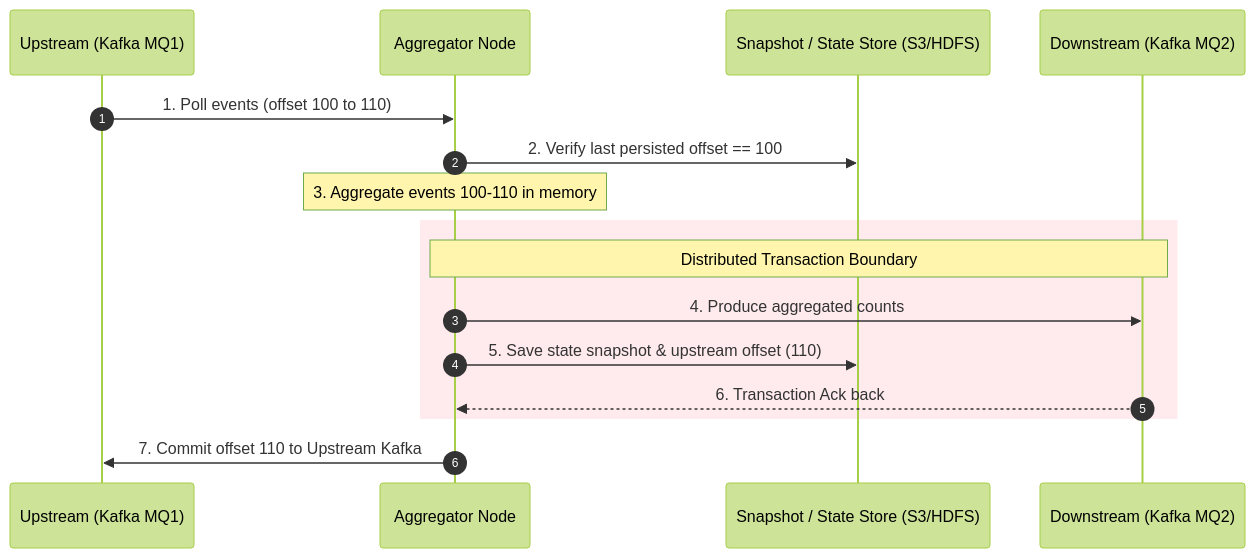
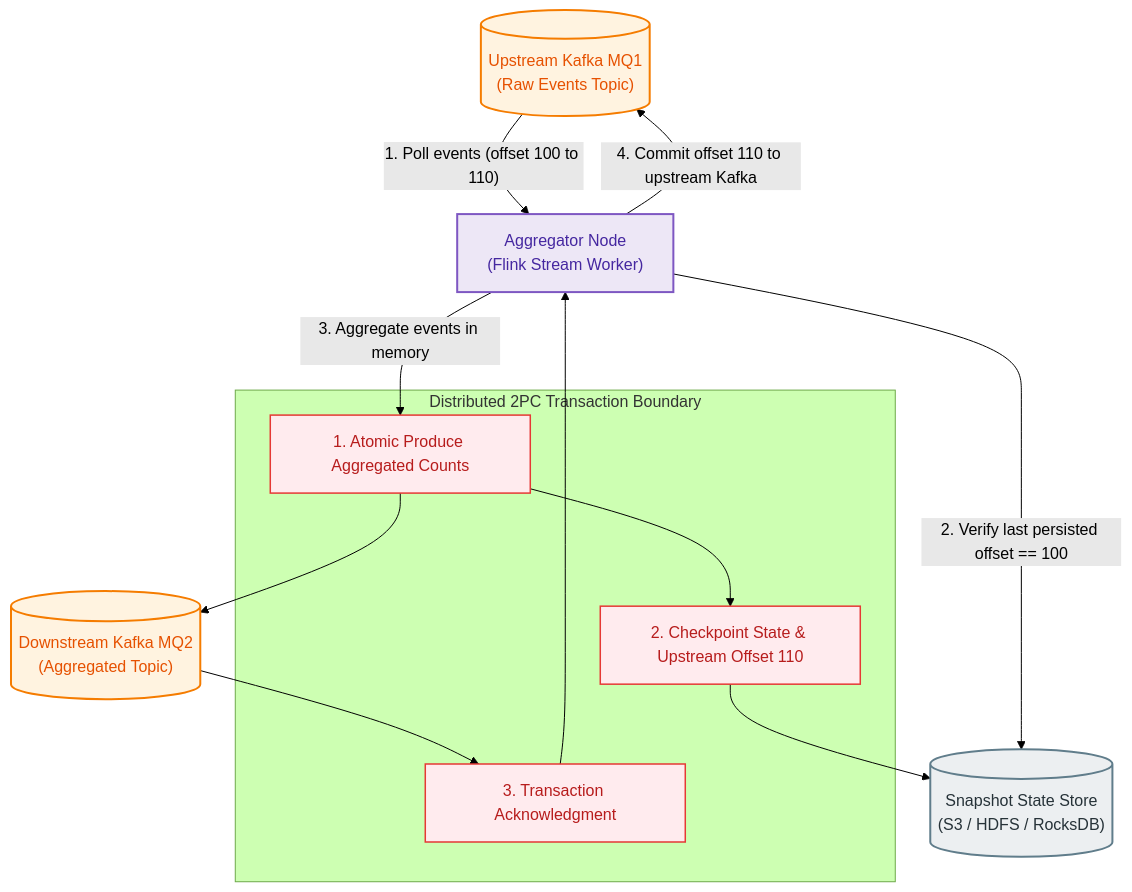
The sixth of 6 diagrams in Stream/Figure-28-Final-Design-Architecture.md (xinachilles/System-Design), drawn with Mermaid (forest theme) before and after one commit. The commit also changed other lines of this file and 4 other files, not shown here.

````diff
--- a/Stream/Figure-28-Final-Design-Architecture.md
+++ b/Stream/Figure-28-Final-Design-Architecture.md
@@ -389,19 +475,30 @@
 ```mermaid
-sequenceDiagram
-    autonumber
-    participant K1 as Upstream (Kafka MQ1)
-    participant AG as Aggregator Node
-    participant FS as Snapshot / State Store (S3/HDFS)
-    participant K2 as Downstream (Kafka MQ2)
+flowchart TB
+    classDef mqStyle fill:#fff3e0,stroke:#f57c00,stroke-width:2px,color:#e65100
+    classDef nodeStyle fill:#ede7f6,stroke:#7e57c2,stroke-width:2px,color:#4527a0
+    classDef fsStyle fill:#eceff1,stroke:#607d8b,stroke-width:2px,color:#263238
+    classDef txStyle fill:#ffebee,stroke:#e53935,stroke-width:1.5px,color:#b71c1c
 
-    K1->>AG: 1. Poll events (offset 100 to 110)
-    AG->>FS: 2. Verify last persisted offset == 100
-    Note over AG: 3. Aggregate events 100-110 in memory
-    rect rgb(255, 235, 238)
-        Note over AG,K2: Distributed Transaction Boundary
-        AG->>K2: 4. Produce aggregated counts
-        AG->>FS: 5. Save state snapshot & upstream offset (110)
-        K2-->>AG: 6. Transaction Ack back
+    %% Node Declarations
+    K1[("Upstream Kafka MQ1<br>(Raw Events Topic)")]:::mqStyle
+    AG["Aggregator Node<br>(Flink Stream Worker)"]:::nodeStyle
+    FS[("Snapshot State Store<br>(S3 / HDFS / RocksDB)")]:::fsStyle
+    K2[("Downstream Kafka MQ2<br>(Aggregated Topic)")]:::mqStyle
+
+    subgraph TX_BOUNDARY ["Distributed 2PC Transaction Boundary"]
+        TX1["1. Atomic Produce Aggregated Counts"]:::txStyle
+        TX2["2. Checkpoint State & Upstream Offset 110"]:::txStyle
+        TX3["3. Transaction Acknowledgment"]:::txStyle
     end
-    AG->>K1: 7. Commit offset 110 to Upstream Kafka
+
+    %% Pipeline Execution Steps
+    K1 -->|"1. Poll events (offset 100 to 110)"| AG
+    AG -->|"2. Verify last persisted offset == 100"| FS
+    AG -->|"3. Aggregate events in memory"| TX1
+    TX1 --> K2
+    TX1 --> TX2
+    TX2 --> FS
+    K2 --> TX3
+    TX3 --> AG
+    AG -->|"4. Commit offset 110 to upstream Kafka"| K1
 ```
````
